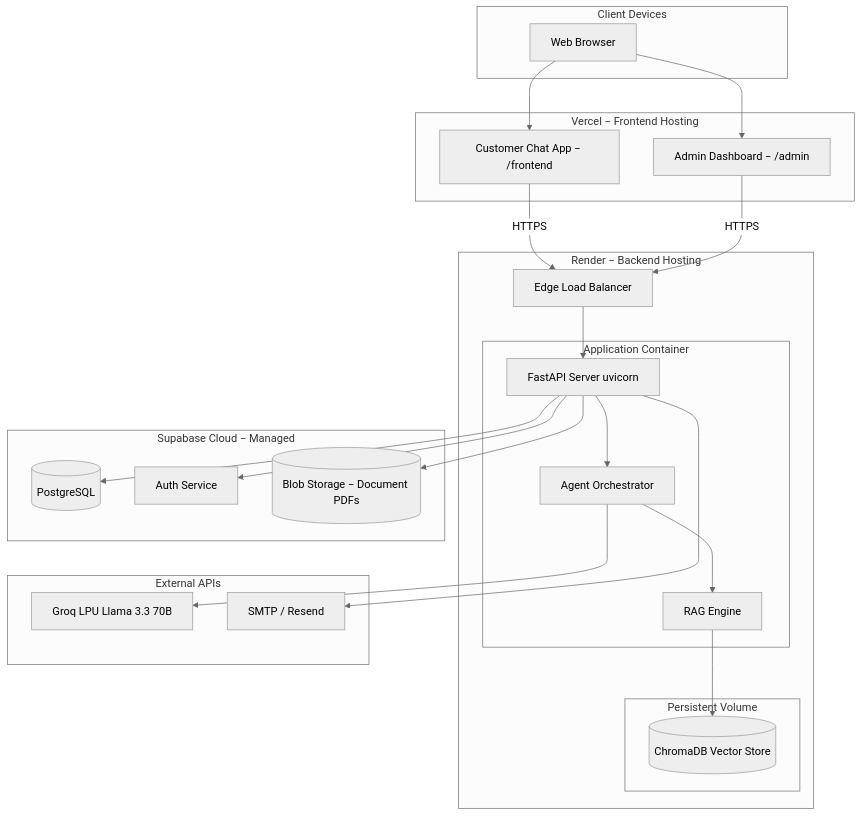
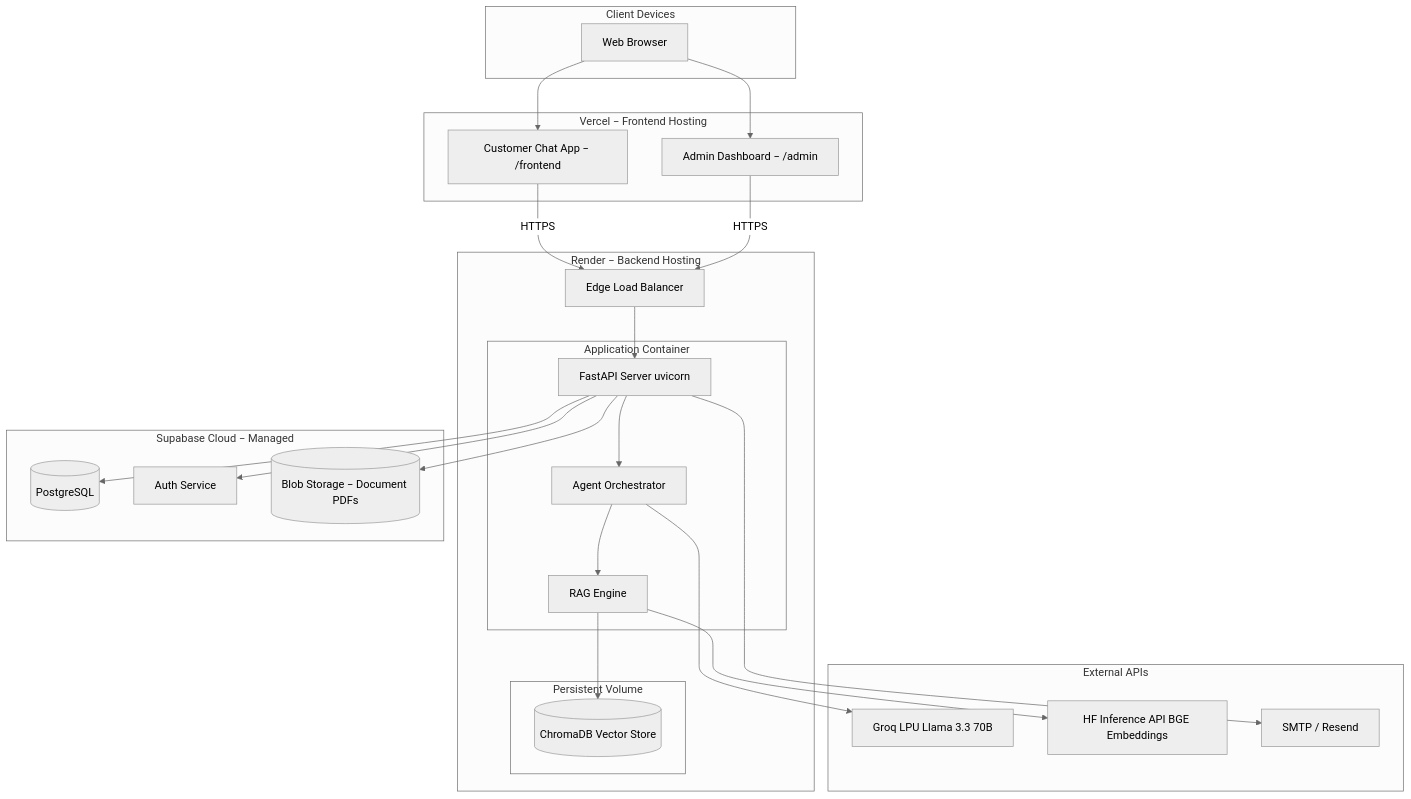
Before and after one commit to Mohammedkaif-27/AURA: the fifth of 5 diagrams in README.md, drawn with Mermaid (neutral theme). The commit also changed other lines of this file, not shown here.

Commit message:
Update README: reflect HF Inference API architecture, remove cross-encoder references, add vercel.json to folder structure, update diagrams and prerequisites

````diff
--- a/README.md
+++ b/README.md
@@ -346,48 +345,50 @@
 ```mermaid
 graph TD
     subgraph Client ["Client Devices"]
         Browser["Web Browser"]
     end
 
     subgraph Vercel ["Vercel ‒ Frontend Hosting"]
         FE_Customer["Customer Chat App ‒ /frontend"]
         FE_Admin["Admin Dashboard ‒ /admin"]
     end
 
     subgraph Render ["Render ‒ Backend Hosting"]
         LB["Edge Load Balancer"]
         subgraph App_Tier ["Application Container"]
             FastAPI_App["FastAPI Server uvicorn"]
             OrchestratorNode["Agent Orchestrator"]
             RAG_Engine["RAG Engine"]
         end
         subgraph Persistent_Storage ["Persistent Volume"]
             ChromaDB_Vol[("ChromaDB Vector Store")]
         end
     end
 
     subgraph Supabase_Cloud ["Supabase Cloud ‒ Managed"]
         PostgreSQL[("PostgreSQL")]
         Auth["Auth Service"]
         BlobStorage[("Blob Storage ‒ Document PDFs")]
     end
 
     subgraph External ["External APIs"]
         Groq["Groq LPU Llama 3.3 70B"]
+        HF_API["HF Inference API BGE Embeddings"]
         EmailProvider["SMTP / Resend"]
     end
 
     Browser --> FE_Customer
     Browser --> FE_Admin
     FE_Customer -->|HTTPS| LB
     FE_Admin -->|HTTPS| LB
     LB --> FastAPI_App
     FastAPI_App --> OrchestratorNode
     OrchestratorNode --> RAG_Engine
     RAG_Engine --> ChromaDB_Vol
+    RAG_Engine --> HF_API
     FastAPI_App --> PostgreSQL
     FastAPI_App --> Auth
     FastAPI_App --> BlobStorage
     OrchestratorNode --> Groq
     FastAPI_App --> EmailProvider
 ```
````
